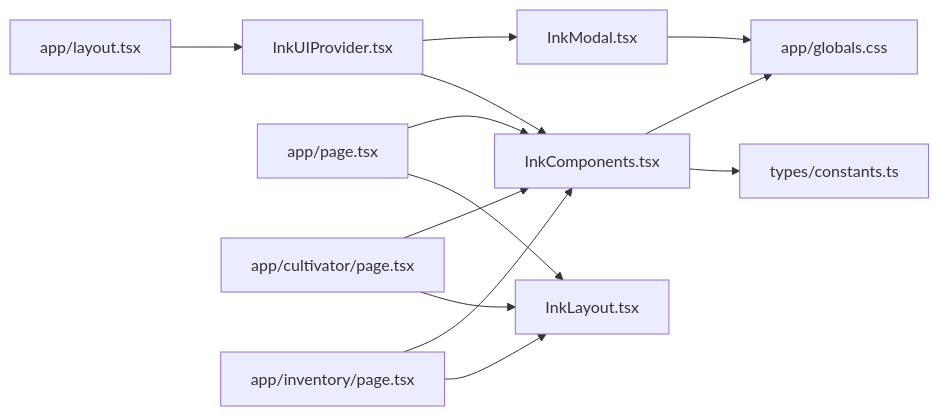
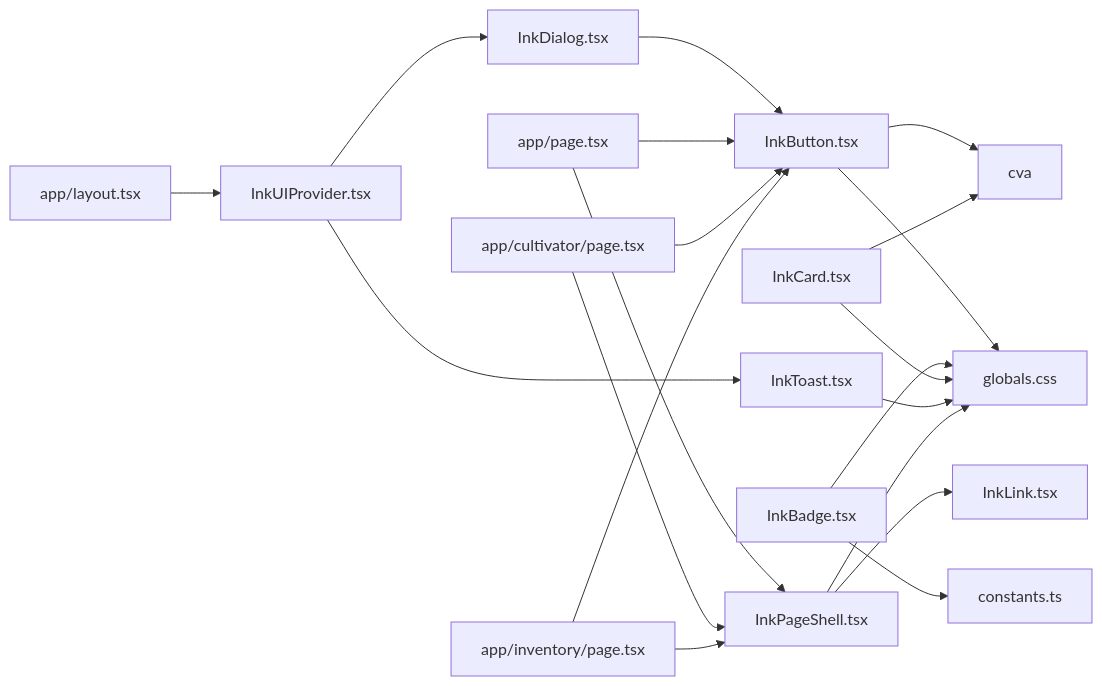
Before and after one commit to ChurchTao/Daoyou: the third of 3 diagrams in .qoder/repowiki/zh/content/前端架构/组件体系/组件体系.md, drawn with Mermaid. The commit also changed other lines of this file and 14 other files, not shown here.

````diff
--- a/.qoder/repowiki/zh/content/前端架构/组件体系/组件体系.md
+++ b/.qoder/repowiki/zh/content/前端架构/组件体系/组件体系.md
@@ -409,15 +306,22 @@
 ```mermaid
 graph LR
-IC["InkComponents.tsx"] --> TYPES["types/constants.ts"]
-IC --> GCSS["app/globals.css"]
-IM["InkModal.tsx"] --> GCSS
-IUP["InkUIProvider.tsx"] --> IC
-IUP --> IM
-P1["app/page.tsx"] --> IL["InkLayout.tsx"]
-P2["app/cultivator/page.tsx"] --> IL
-P3["app/inventory/page.tsx"] --> IL
-P1 --> IC
-P2 --> IC
-P3 --> IC
+IB["InkButton.tsx"] --> CVAX["cva"]
+IB --> GCSS["globals.css"]
+IBD["InkBadge.tsx"] --> TYPES["constants.ts"]
+IBD --> GCSS
+IC["InkCard.tsx"] --> CVAX
+IC --> GCSS
+ID["InkDialog.tsx"] --> IB
+IT["InkToast.tsx"] --> GCSS
+IUP["InkUIProvider.tsx"] --> ID
+IUP --> IT
+IPS["InkPageShell.tsx"] --> GCSS
+IPS --> IL["InkLink.tsx"]
+P1["app/page.tsx"] --> IPS
+P2["app/cultivator/page.tsx"] --> IPS
+P3["app/inventory/page.tsx"] --> IPS
+P1 --> IB
+P2 --> IB
+P3 --> IB
 L["app/layout.tsx"] --> IUP
 ```
````
